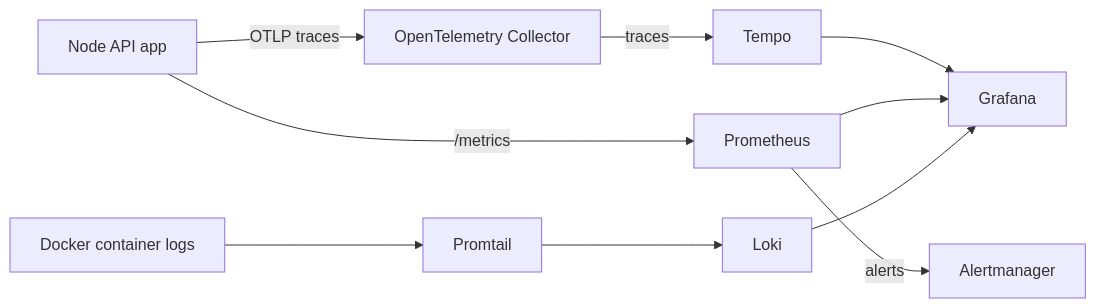
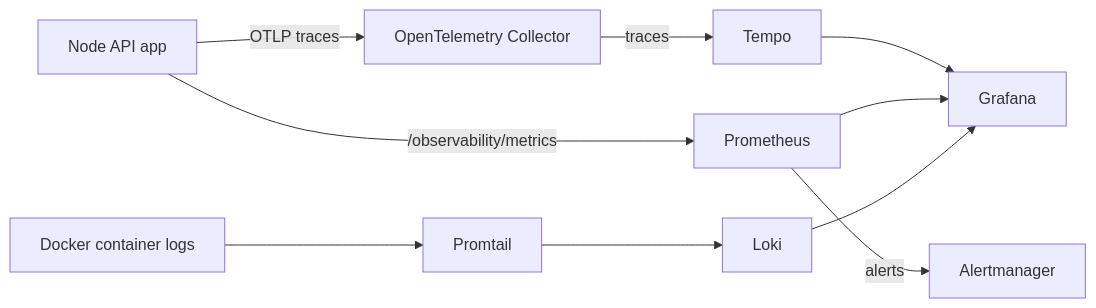
The diagram in docs/tools/observability-reference.md (Guebbit/boilerplate-node-backend), drawn with Mermaid before and after one commit. The commit also changed other lines of this file and 23 other files, not shown here.

````diff
--- a/docs/tools/observability-reference.md
+++ b/docs/tools/observability-reference.md
@@ -7,12 +7,12 @@
 ```mermaid
 flowchart LR
     App[Node API app] -->|OTLP traces| OTel[OpenTelemetry Collector]
     OTel -->|traces| Tempo[Tempo]
-    App -->|/metrics| Prom[Prometheus]
+    App -->|/observability/metrics| Prom[Prometheus]
     Prom -->|alerts| Alert[Alertmanager]
     DockerLogs[Docker container logs] --> Promtail[Promtail]
     Promtail --> Loki[Loki]
     Tempo --> Grafana[Grafana]
     Prom --> Grafana
     Loki --> Grafana
 ```
````
